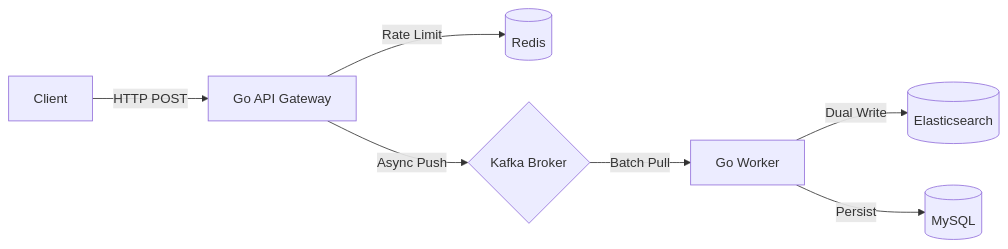
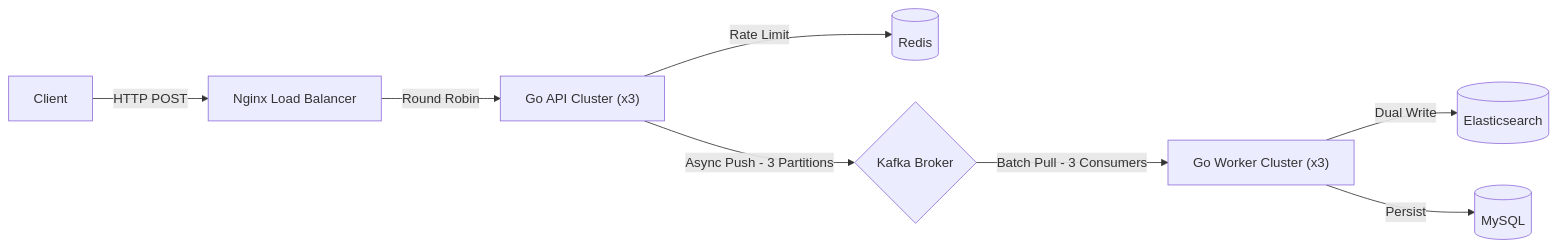
The first of 2 diagrams in README.md (Yupoer/logpulse), drawn with Mermaid before and after one commit. The commit also changed other lines of this file and 8 other files, not shown here.

Commit message:
feat: Implement distributed deployment with Nginx load balancing, multi-replica Go services, new log service, Redis repository, and load testing tools.

````diff
--- a/README.md
+++ b/README.md
@@ -26,9 +26,10 @@
 ```mermaid
 graph LR
-    Client[Client] -->|HTTP POST| API[Go API Gateway]
+    Client[Client] -->|HTTP POST| Nginx[Nginx Load Balancer]
+    Nginx -->|Round Robin| API["Go API Cluster (x3)"]
     API -->|Rate Limit| Redis[(Redis)]
-    API -->|Async Push| Kafka{Kafka Broker}
-    Kafka -->|Batch Pull| Worker[Go Worker]
+    API -->|Async Push - 3 Partitions| Kafka{Kafka Broker}
+    Kafka -->|Batch Pull - 3 Consumers| Worker["Go Worker Cluster (x3)"]
     Worker -->|Dual Write| ES[(Elasticsearch)]
     Worker -->|Persist| MySQL[(MySQL)]
 ```
````
